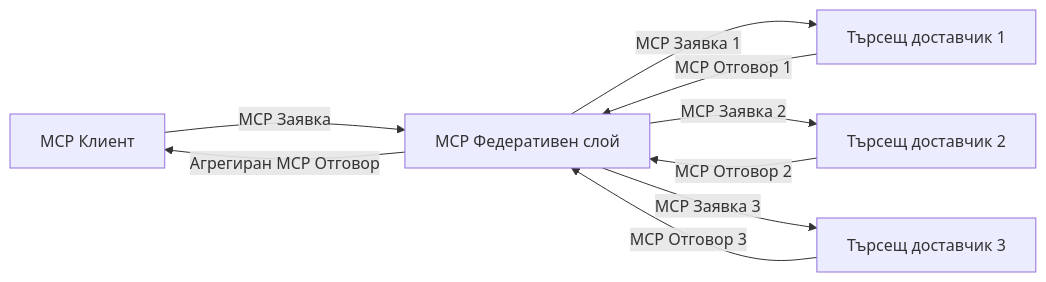
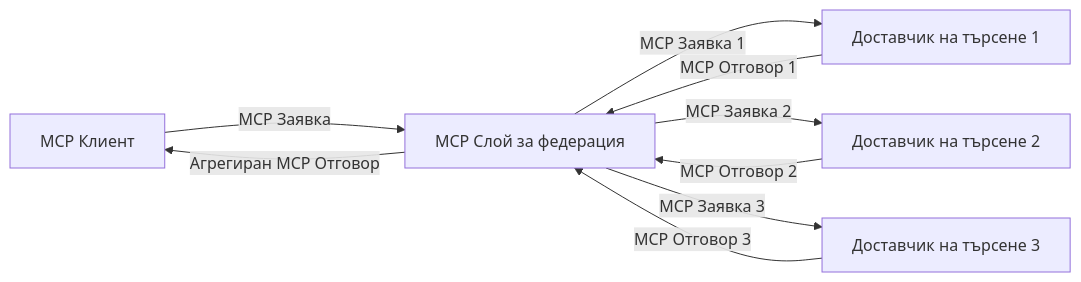
Before and after one commit to microsoft/mcp-for-beginners: the third of 4 diagrams in translations/bg/05-AdvancedTopics/mcp-realtimesearch/README.md, drawn with Mermaid. The commit also changed other lines of this file and 145 other files, not shown here.

````diff
--- a/translations/bg/05-AdvancedTopics/mcp-realtimesearch/README.md
+++ b/translations/bg/05-AdvancedTopics/mcp-realtimesearch/README.md
@@ -610,11 +612,11 @@
 ```mermaid
 graph LR
-    Client[MCP Клиент] --> |MCP Заявка| Federation[MCP Федеративен слой]
-    Federation --> |MCP Заявка 1| Search1[Търсещ доставчик 1]
-    Federation --> |MCP Заявка 2| Search2[Търсещ доставчик 2]
-    Federation --> |MCP Заявка 3| Search3[Търсещ доставчик 3]
+    Client[MCP Клиент] --> |MCP Заявка| Federation[MCP Слой за федерация]
+    Federation --> |MCP Заявка 1| Search1[Доставчик на търсене 1]
+    Federation --> |MCP Заявка 2| Search2[Доставчик на търсене 2]
+    Federation --> |MCP Заявка 3| Search3[Доставчик на търсене 3]
     Search1 --> |MCP Отговор 1| Federation
     Search2 --> |MCP Отговор 2| Federation
     Search3 --> |MCP Отговор 3| Federation
     Federation --> |Агрегиран MCP Отговор| Client
 ```
````
